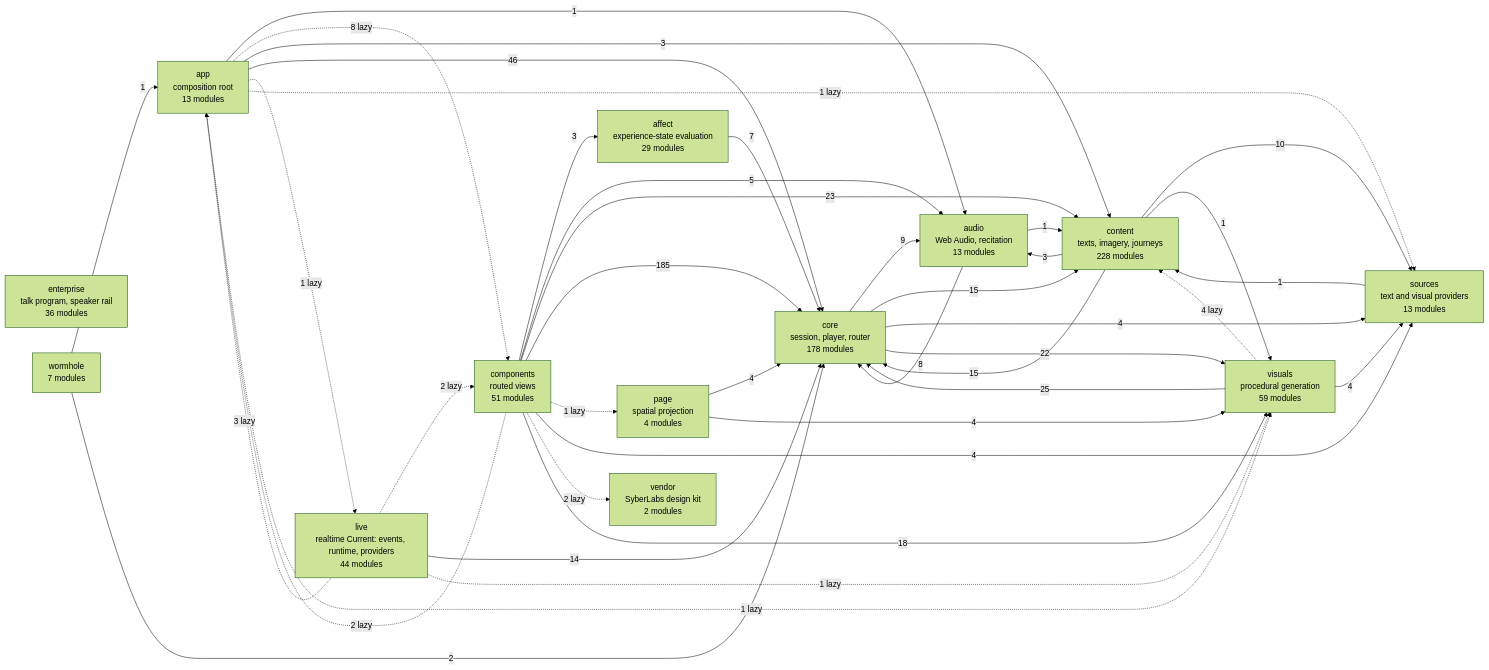
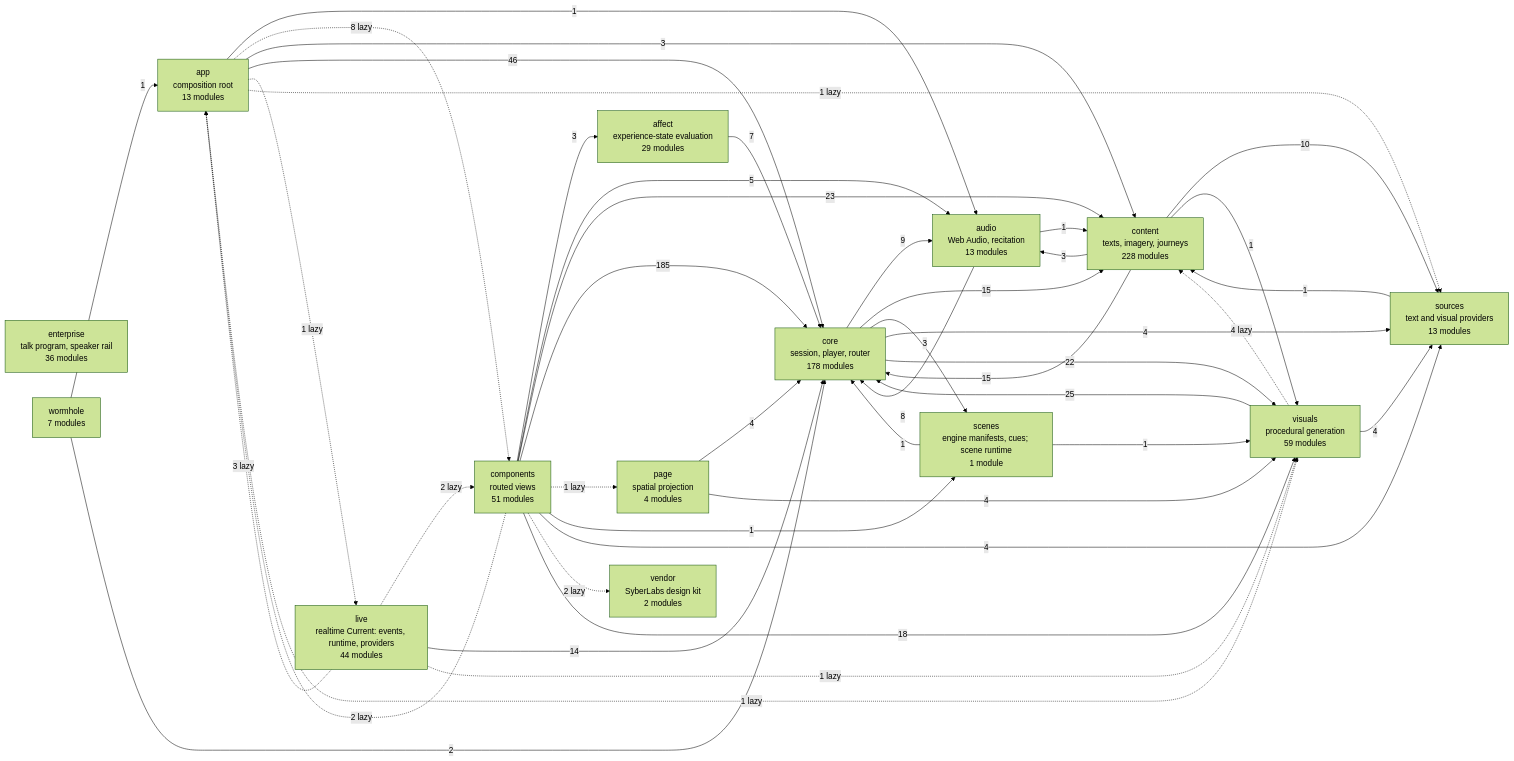
One commit to SyberLabs/RISE changed the diagram in docs/specs/ARCHITECTURE.md. Above: the diagram before and after it, drawn with Mermaid (forest theme). The commit also changed 34 other files, not shown here.

First line of the commit message:
CC-004: native engine manifests and cues (#519)

````diff
--- a/docs/specs/ARCHITECTURE.md
+++ b/docs/specs/ARCHITECTURE.md
@@ -154,56 +154,61 @@
 ```mermaid
 flowchart LR
     affect["affect<br/>experience-state evaluation<br/>29 modules"]
     app["app<br/>composition root<br/>13 modules"]
     audio["audio<br/>Web Audio, recitation<br/>13 modules"]
     components["components<br/>routed views<br/>51 modules"]
     content["content<br/>texts, imagery, journeys<br/>228 modules"]
     core["core<br/>session, player, router<br/>178 modules"]
     enterprise["enterprise<br/>talk program, speaker rail<br/>36 modules"]
     live["live<br/>realtime Current: events, runtime, providers<br/>44 modules"]
     page["page<br/>spatial projection<br/>4 modules"]
+    scenes["scenes<br/>engine manifests, cues; scene runtime<br/>1 module"]
     sources["sources<br/>text and visual providers<br/>13 modules"]
     vendor["vendor<br/>SyberLabs design kit<br/>2 modules"]
     visuals["visuals<br/>procedural generation<br/>59 modules"]
     wormhole["wormhole<br/>7 modules"]
 
     affect --> |7| core
     app --> |1| audio
     app -.-> |8 lazy| components
     app --> |3| content
     app --> |46| core
     app -.-> |1 lazy| live
     app -.-> |1 lazy| sources
     app -.-> |1 lazy| visuals
     audio --> |1| content
     audio --> |8| core
     components --> |3| affect
     components -.-> |2 lazy| app
     components --> |5| audio
     components --> |23| content
     components --> |185| core
     components -.-> |1 lazy| page
+    components --> |1| scenes
     components --> |4| sources
     components -.-> |2 lazy| vendor
     components --> |18| visuals
     content --> |3| audio
     content --> |15| core
     content --> |10| sources
     content --> |1| visuals
     core --> |9| audio
     core --> |15| content
+    core --> |3| scenes
     core --> |4| sources
     core --> |22| visuals
     live -.-> |3 lazy| app
     live -.-> |2 lazy| components
     live --> |14| core
     live -.-> |1 lazy| visuals
     page --> |4| core
     page --> |4| visuals
+    scenes --> |1| core
+    scenes --> |1| visuals
     sources --> |1| content
     visuals -.-> |4 lazy| content
     visuals --> |25| core
     visuals --> |4| sources
     wormhole --> |1| app
     wormhole --> |2| core
 ```
````
